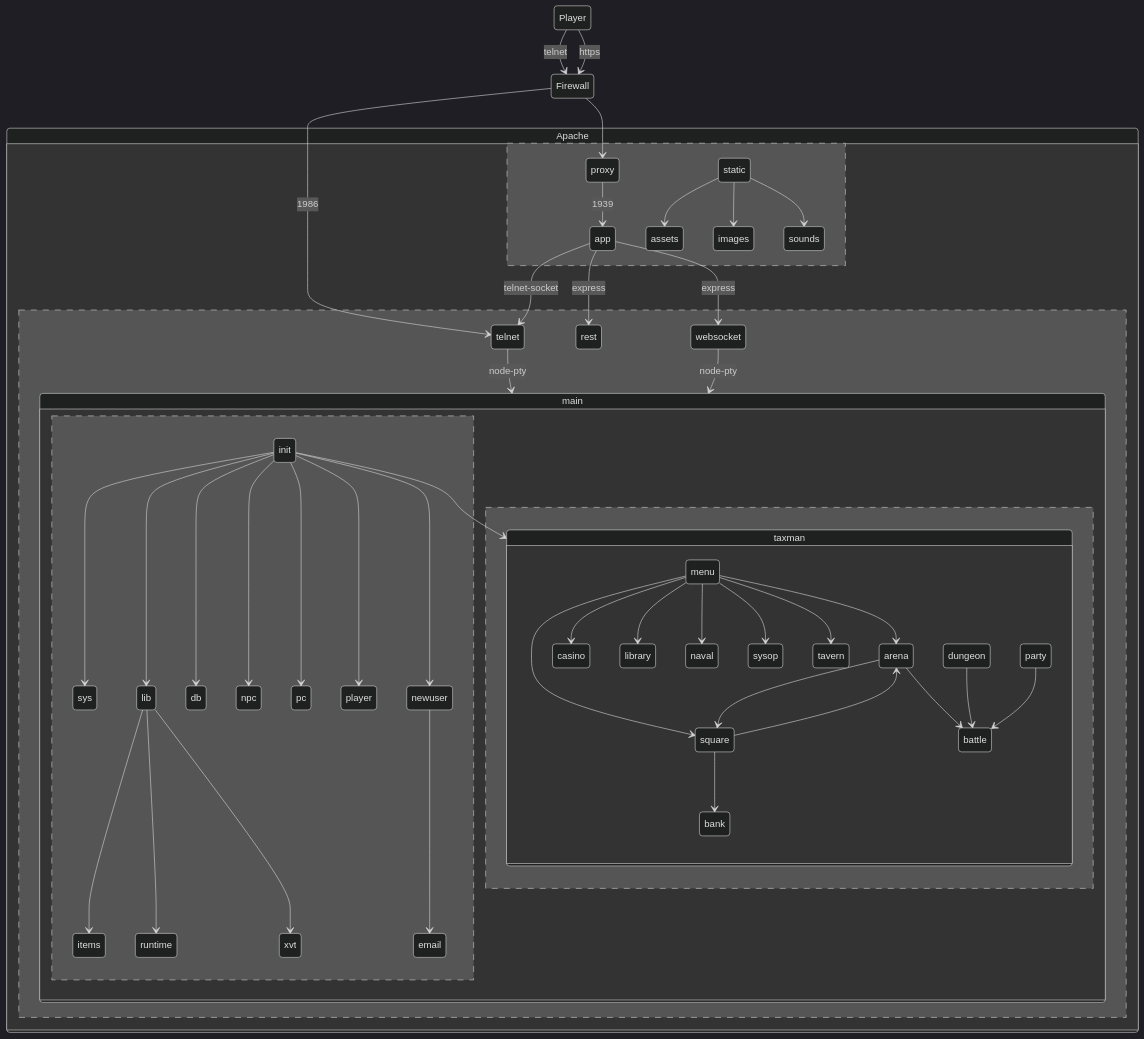
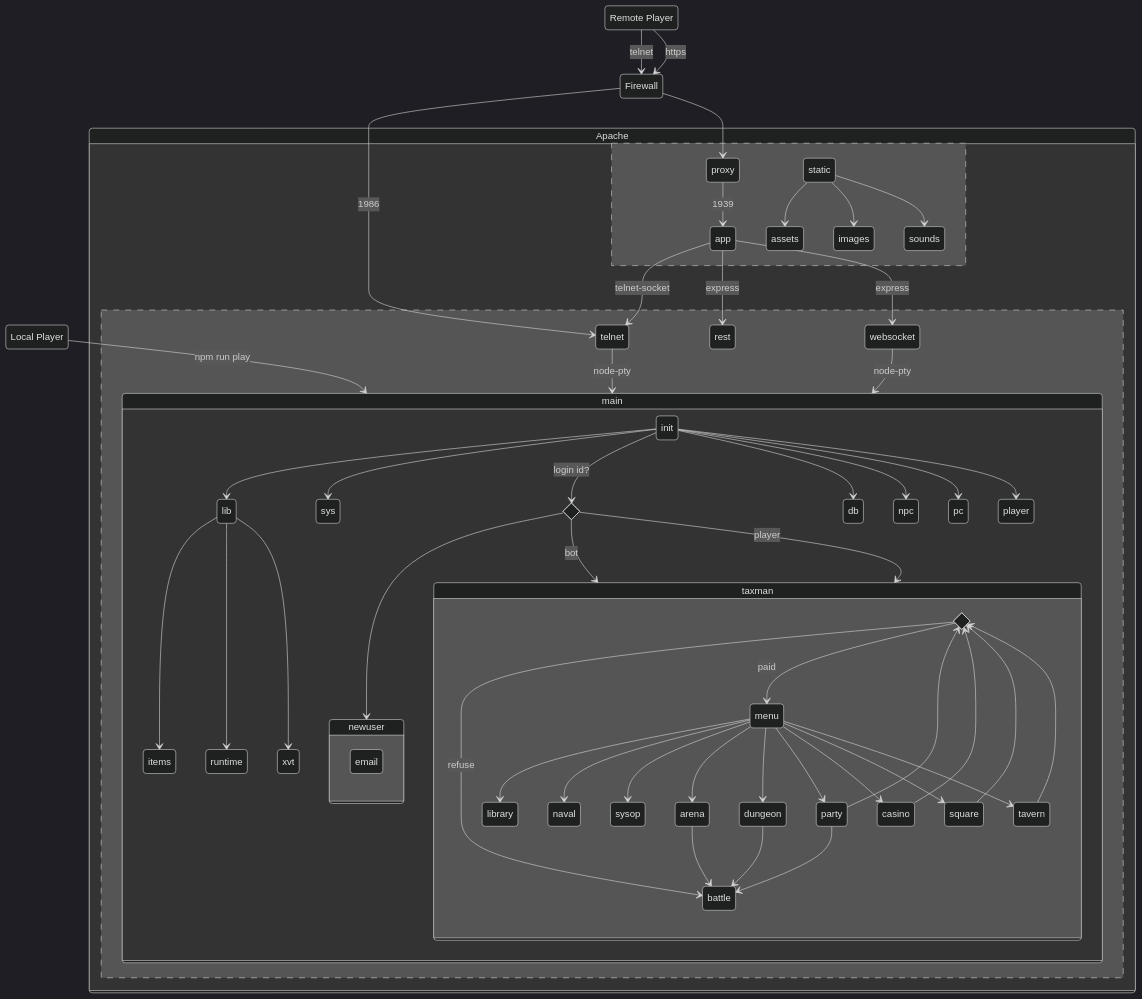
Before and after one commit to theflyingape/dankdomain: the diagram in README.md, drawn with Mermaid.

Commit message:
mermaid corrections

````diff
--- a/README.md
+++ b/README.md
@@ -29,51 +29,64 @@
 ```mermaid
 %%{init: {'theme':'dark'}}%%
 stateDiagram-v2
   direction TB
-  Player --> Firewall : telnet
-  Player --> Firewall : https
+  Local : Local Player
+  Local --> main : npm run play
+  Remote : Remote Player
+  Remote --> Firewall : telnet
+  Remote --> Firewall : https
   Firewall --> proxy
   Firewall --> telnet : 1986
   state Apache {
     app --> rest : express
     app --> telnet : telnet-socket
     app --> websocket : express
     telnet --> main : node-pty
     websocket --> main : node-pty
     --
     proxy --> app : 1939
     static --> assets
     static --> images
     static --> sounds
   }
   state main {
+    state login <<choice>>
     init --> sys
     init --> lib
     init --> db
     init --> npc
     init --> pc
     init --> player
-    init --> newuser
-    init --> taxman
+    init --> login: login id?
     lib --> items
     lib --> runtime
     lib --> xvt
-    newuser --> email
-    --
+    login --> newuser
+    login --> taxman: bot
+    login --> taxman: player
+    state newuser {
+      email
+    }
     state taxman {
-      menu --> arena
-      menu --> casino
+      state taxes <<choice>>
+      taxes --> battle : refuse
+      taxes --> menu : paid
       menu --> library
       menu --> naval
+      menu --> sysop
+      menu --> arena
+      menu --> dungeon
+      menu --> party
+      menu --> casino
       menu --> square
-      menu --> sysop
       menu --> tavern
       arena --> battle
-      arena --> square
       dungeon --> battle
       party --> battle
-      square --> arena
-      square --> bank
+      casino --> taxes
+      party --> taxes
+      square --> taxes
+      tavern --> taxes
     }
   }
 ```
````
